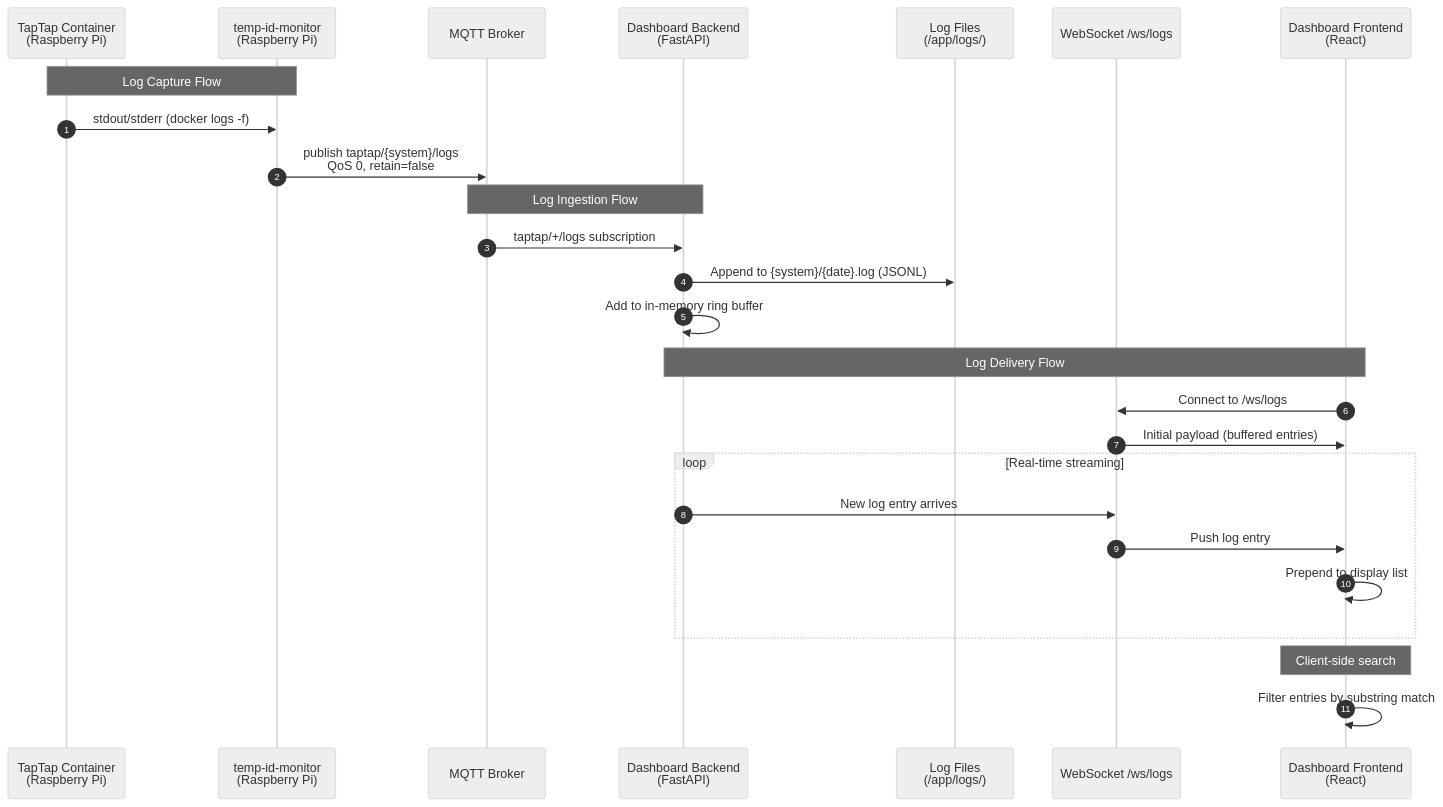
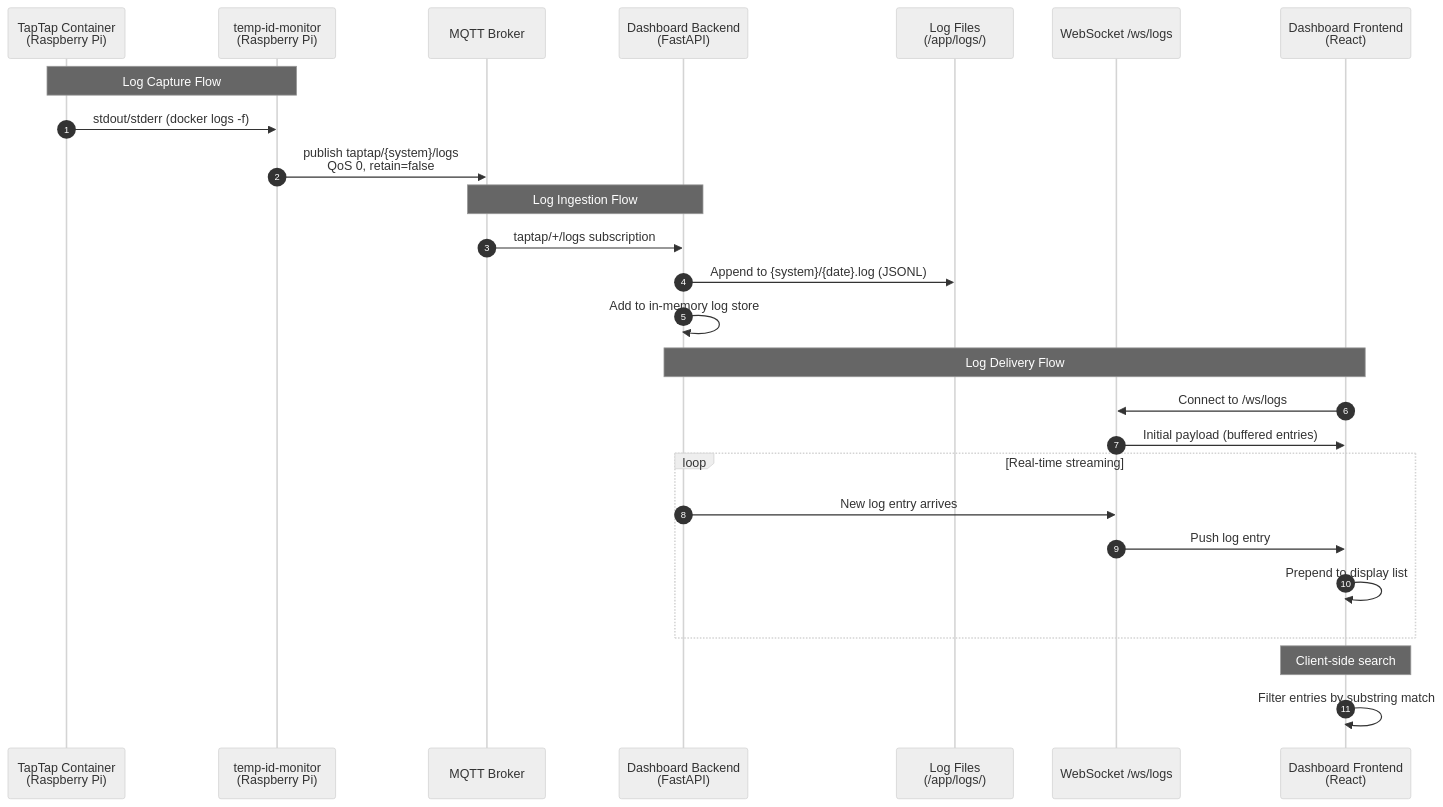
The diagram in docs/specs/2026-02-08-cca-log-viewer.md (iscofield/realtime-tigo-monitor), drawn with Mermaid (neutral theme) before and after one commit. The commit also changed other lines of this file and 1 other file, not shown here.

First line of the commit message:
docs: review updates to 2026-02-08-cca-log-viewer

````diff
--- a/docs/specs/2026-02-08-cca-log-viewer.md
+++ b/docs/specs/2026-02-08-cca-log-viewer.md
@@ -158,32 +184,32 @@
 ```mermaid
 sequenceDiagram
     autonumber
     participant TapTap as TapTap Container<br/>(Raspberry Pi)
     participant Monitor as temp-id-monitor<br/>(Raspberry Pi)
     participant MQTT as MQTT Broker
     participant Backend as Dashboard Backend<br/>(FastAPI)
     participant Disk as Log Files<br/>(/app/logs/)
     participant WS as WebSocket /ws/logs
     participant Frontend as Dashboard Frontend<br/>(React)
 
     Note over TapTap,Monitor: Log Capture Flow
     TapTap->>Monitor: stdout/stderr (docker logs -f)
     Monitor->>MQTT: publish taptap/{system}/logs<br/>QoS 0, retain=false
 
     Note over MQTT,Backend: Log Ingestion Flow
     MQTT->>Backend: taptap/+/logs subscription
     Backend->>Disk: Append to {system}/{date}.log (JSONL)
-    Backend->>Backend: Add to in-memory ring buffer
+    Backend->>Backend: Add to in-memory log store
 
     Note over Backend,Frontend: Log Delivery Flow
     Frontend->>WS: Connect to /ws/logs
     WS->>Frontend: Initial payload (buffered entries)
     loop Real-time streaming
         Backend->>WS: New log entry arrives
         WS->>Frontend: Push log entry
         Frontend->>Frontend: Prepend to display list
     end
 
     Note over Frontend: Client-side search
     Frontend->>Frontend: Filter entries by substring match
 ```
````
